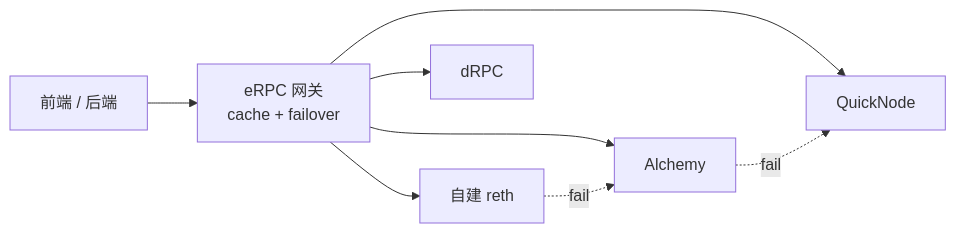
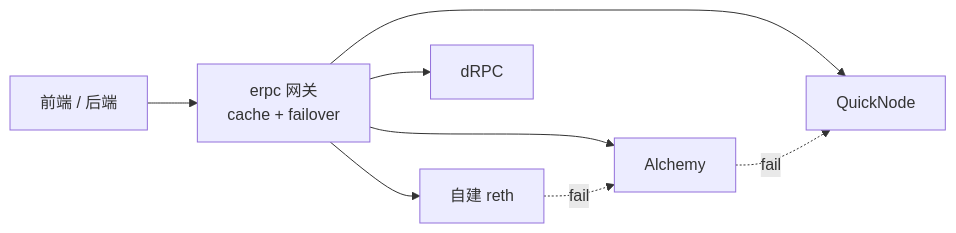
Diagram 19 of 24 in web3-engineer-guide/11-基础设施与工具/README.md (ChuwuYo/misc-files), drawn with Mermaid before and after one commit. The commit also changed other lines of this file and 52 other files, not shown here.

````diff
--- a/web3-engineer-guide/11-基础设施与工具/README.md
+++ b/web3-engineer-guide/11-基础设施与工具/README.md
@@ -2230,10 +2245,10 @@
 ```mermaid
 flowchart LR
-    Client[前端 / 后端] --> Gateway[eRPC 网关<br/>cache + failover]
+    Client[前端 / 后端] --> Gateway[erpc 网关<br/>cache + failover]
     Gateway --> Self[自建 reth]
     Gateway --> Alch[Alchemy]
     Gateway --> Quick[QuickNode]
     Gateway --> Drpc[dRPC]
     Self -.fail.-> Alch
     Alch -.fail.-> Quick
 ```
````
